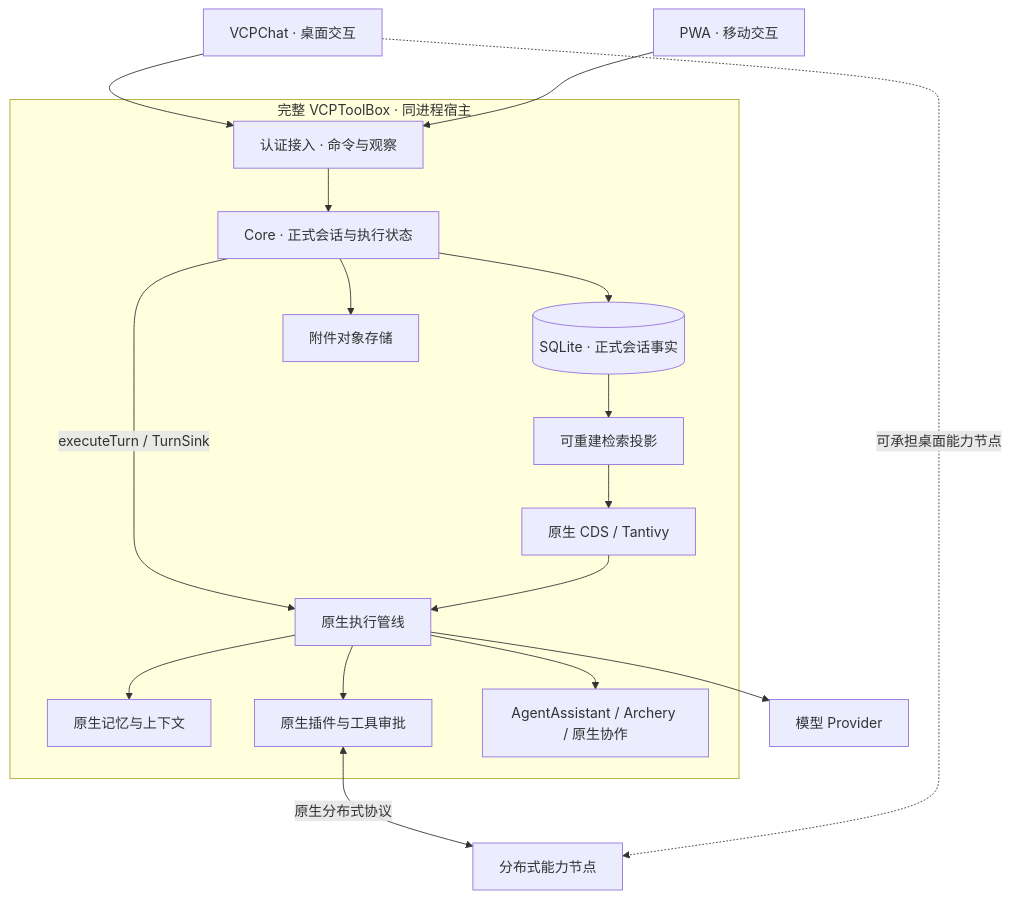
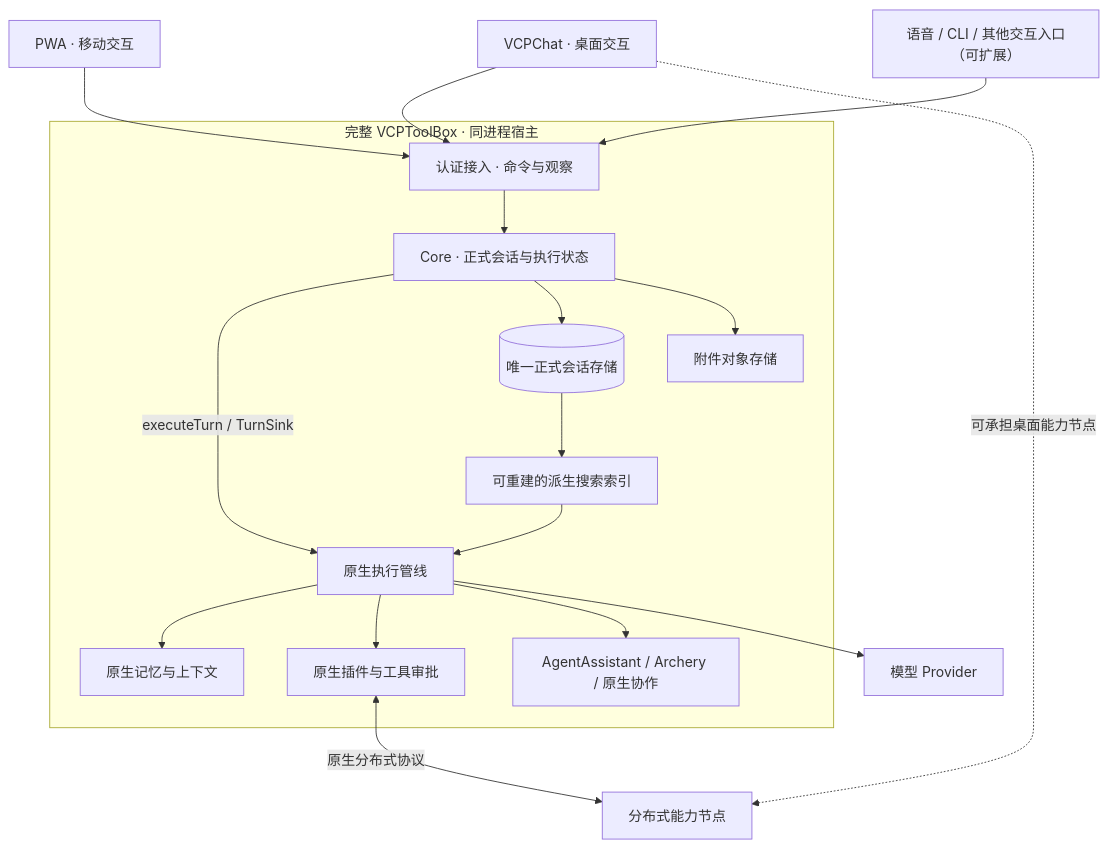
Before and after one commit to JENN2046/vcp-integrated: the diagram in docs/VISION.md, drawn with Mermaid. The commit also changed other lines of this file, not shown here.

````diff
--- a/docs/VISION.md
+++ b/docs/VISION.md
@@ -19,20 +19,20 @@
 ```mermaid
 flowchart TB
     Desktop["VCPChat · 桌面交互"] --> Access["认证接入 · 命令与观察"]
     Mobile["PWA · 移动交互"] --> Access
+    Other["语音 / CLI / 其他交互入口（可扩展）"] --> Access
     subgraph Host["完整 VCPToolBox · 同进程宿主"]
         Access --> Core["Core · 正式会话与执行状态"]
         Core -->|executeTurn / TurnSink| Native["原生执行管线"]
-        Core --> Store[("SQLite · 正式会话事实")]
+        Core --> Store[("唯一正式会话存储")]
         Core --> Files["附件对象存储"]
         Native --> Memory["原生记忆与上下文"]
         Native --> Tools["原生插件与工具审批"]
         Native --> AA["AgentAssistant / Archery / 原生协作"]
-        Store --> Projection["可重建检索投影"]
-        Projection --> CDS["原生 CDS / Tantivy"]
-        CDS --> Native
+        Store --> Index["可重建的派生搜索索引"]
+        Index --> Native
     end
     Native --> Provider["模型 Provider"]
     Tools <-->|原生分布式协议| Nodes["分布式能力节点"]
     Desktop -.->|可承担桌面能力节点| Nodes
 ```
````
